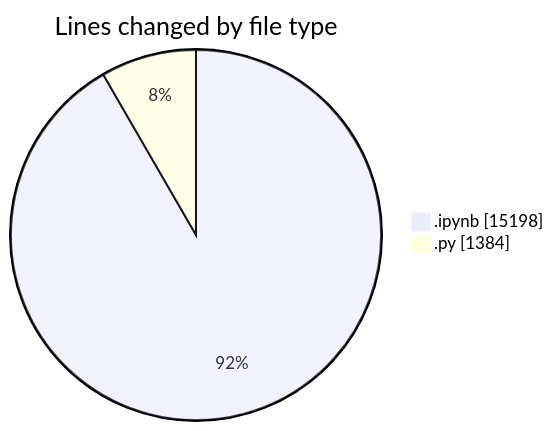
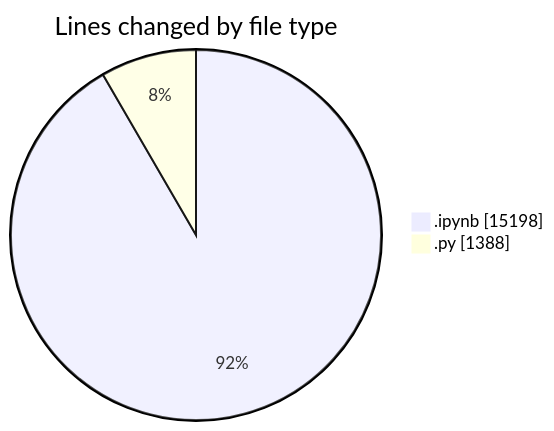
One commit to MatusMokan/code-tracking changed the first of 2 diagrams in 2025-04-10/myws__workspace_/README.md. Above: the diagram before and after it, drawn with Mermaid. The commit also changed other lines of this file and 1 other file, not shown here.

````diff
--- a/2025-04-10/myws__workspace_/README.md
+++ b/2025-04-10/myws__workspace_/README.md
@@ -21,6 +21,6 @@
 ```mermaid
 pie showData
 title Lines changed by file type
 ".ipynb" : 15198
-".py" : 1384
+".py" : 1388
 ```
````
